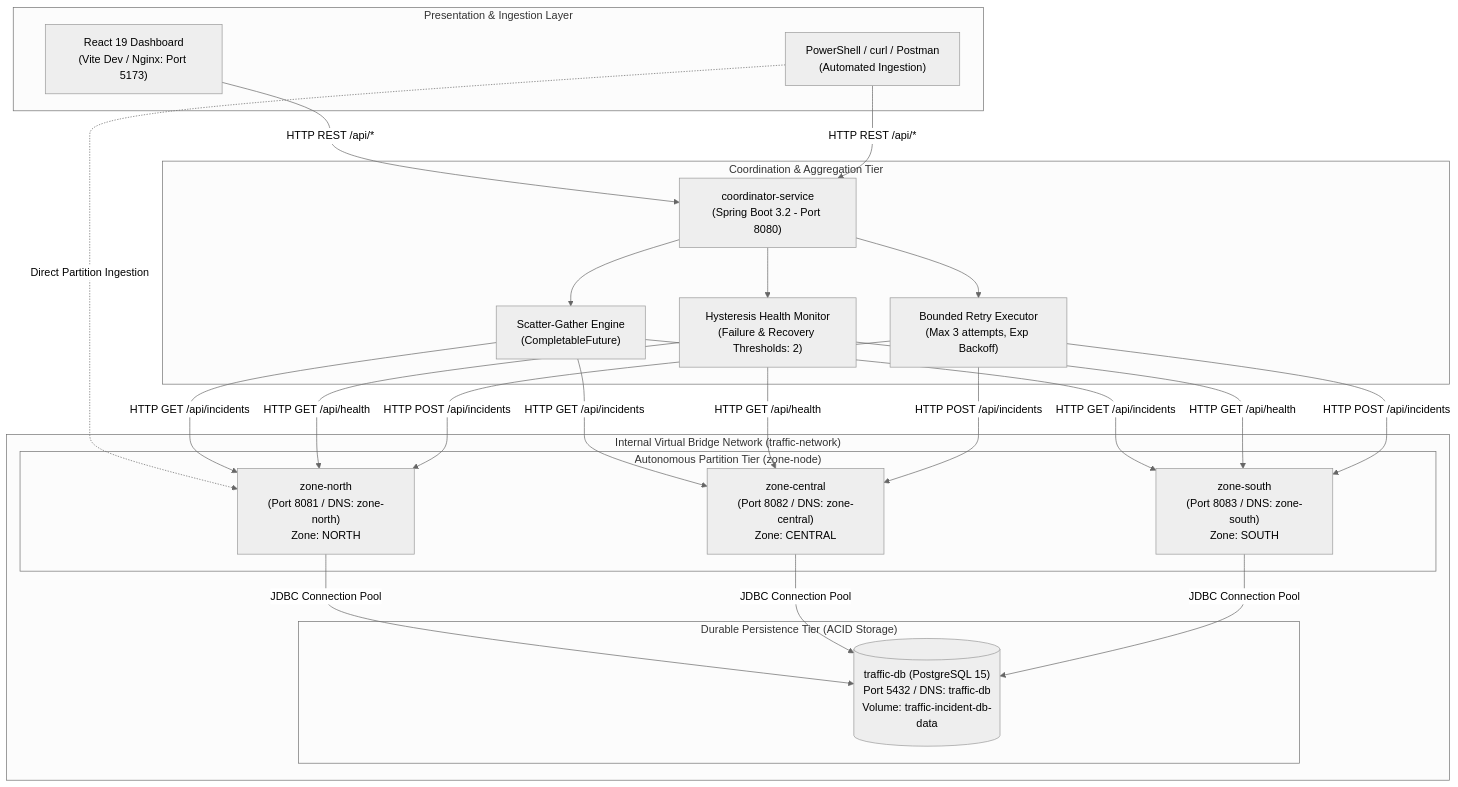
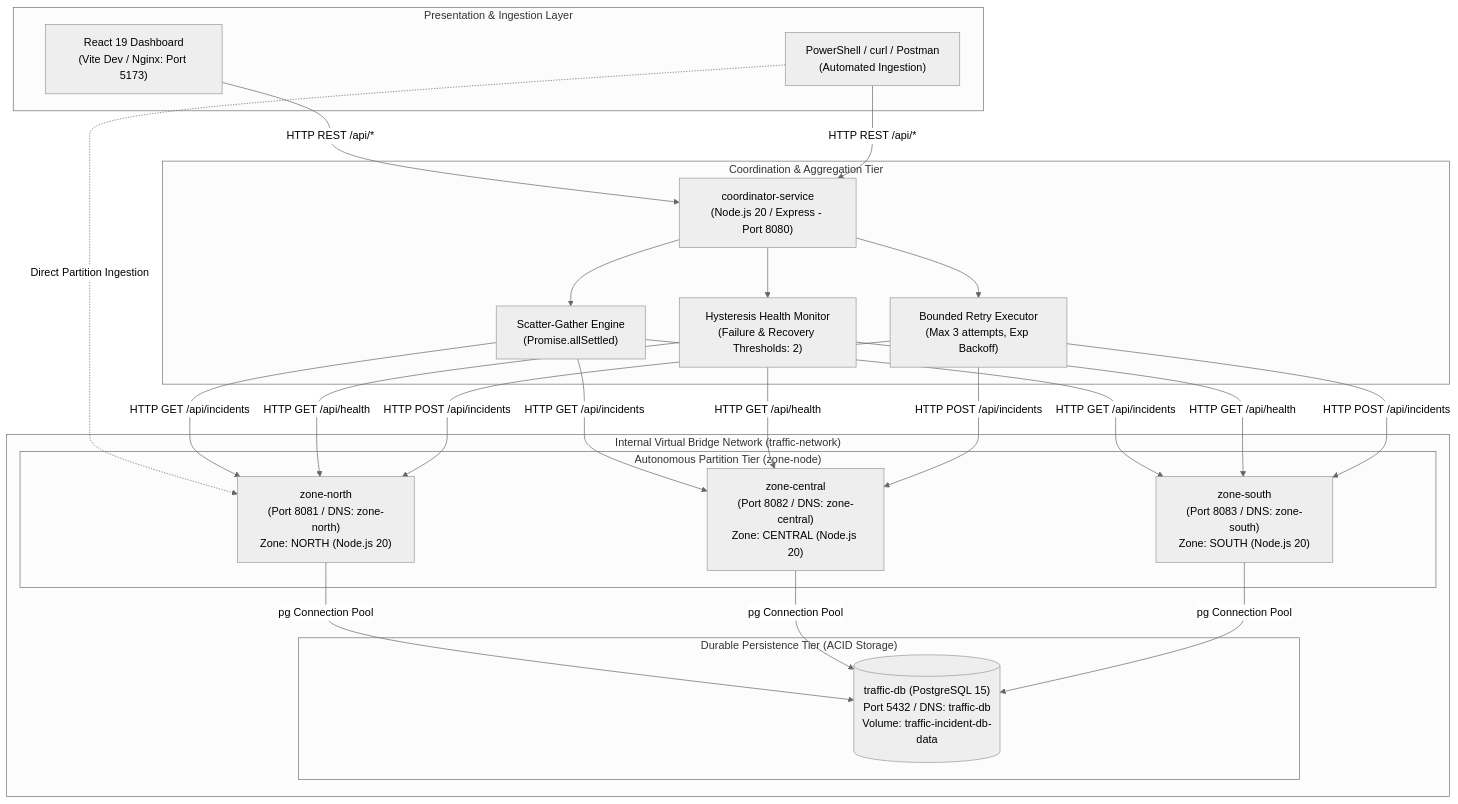
One commit to abishek2429/cloud_package changed the first of 2 diagrams in docs/architecture.md. Above: the diagram before and after it, drawn with Mermaid (neutral theme). The commit also changed other lines of this file and 84 other files, not shown here.

Commit message:
feat: archive java backend services and add new node-based architecture implementation

````diff
--- a/docs/architecture.md
+++ b/docs/architecture.md
@@ -13,49 +13,49 @@
 ```mermaid
 flowchart TD
     subgraph Clients["Presentation & Ingestion Layer"]
         Browser["React 19 Dashboard<br/>(Vite Dev / Nginx: Port 5173)"]
         CLI["PowerShell / curl / Postman<br/>(Automated Ingestion)"]
     end
 
     subgraph CoordinatorTier["Coordination & Aggregation Tier"]
-        Coord["coordinator-service<br/>(Spring Boot 3.2 - Port 8080)"]
-        ScatterGather["Scatter-Gather Engine<br/>(CompletableFuture)"]
+        Coord["coordinator-service<br/>(Node.js 20 / Express - Port 8080)"]
+        ScatterGather["Scatter-Gather Engine<br/>(Promise.allSettled)"]
         Hysteresis["Hysteresis Health Monitor<br/>(Failure & Recovery Thresholds: 2)"]
         RetryEngine["Bounded Retry Executor<br/>(Max 3 attempts, Exp Backoff)"]
         Coord --> ScatterGather
         Coord --> Hysteresis
         Coord --> RetryEngine
     end
 
     subgraph DockerNetwork["Internal Virtual Bridge Network (traffic-network)"]
         subgraph ZoneTier["Autonomous Partition Tier (zone-node)"]
-            ZN["zone-north<br/>(Port 8081 / DNS: zone-north)<br/>Zone: NORTH"]
-            ZC["zone-central<br/>(Port 8082 / DNS: zone-central)<br/>Zone: CENTRAL"]
-            ZS["zone-south<br/>(Port 8083 / DNS: zone-south)<br/>Zone: SOUTH"]
+            ZN["zone-north<br/>(Port 8081 / DNS: zone-north)<br/>Zone: NORTH (Node.js 20)"]
+            ZC["zone-central<br/>(Port 8082 / DNS: zone-central)<br/>Zone: CENTRAL (Node.js 20)"]
+            ZS["zone-south<br/>(Port 8083 / DNS: zone-south)<br/>Zone: SOUTH (Node.js 20)"]
         end
 
         subgraph StorageTier["Durable Persistence Tier (ACID Storage)"]
             Postgres[("traffic-db (PostgreSQL 15)<br/>Port 5432 / DNS: traffic-db<br/>Volume: traffic-incident-db-data")]
         end
     end
 
     Browser -->|HTTP REST /api/*| Coord
     CLI -->|HTTP REST /api/*| Coord
     CLI -.->|Direct Partition Ingestion| ZN
 
     ScatterGather -->|HTTP GET /api/incidents| ZN
     ScatterGather -->|HTTP GET /api/incidents| ZC
     ScatterGather -->|HTTP GET /api/incidents| ZS
 
     Hysteresis -->|HTTP GET /api/health| ZN
     Hysteresis -->|HTTP GET /api/health| ZC
     Hysteresis -->|HTTP GET /api/health| ZS
 
     RetryEngine -->|HTTP POST /api/incidents| ZN
     RetryEngine -->|HTTP POST /api/incidents| ZC
     RetryEngine -->|HTTP POST /api/incidents| ZS
 
-    ZN -->|JDBC Connection Pool| Postgres
-    ZC -->|JDBC Connection Pool| Postgres
-    ZS -->|JDBC Connection Pool| Postgres
+    ZN -->|pg Connection Pool| Postgres
+    ZC -->|pg Connection Pool| Postgres
+    ZS -->|pg Connection Pool| Postgres
 ```
````
